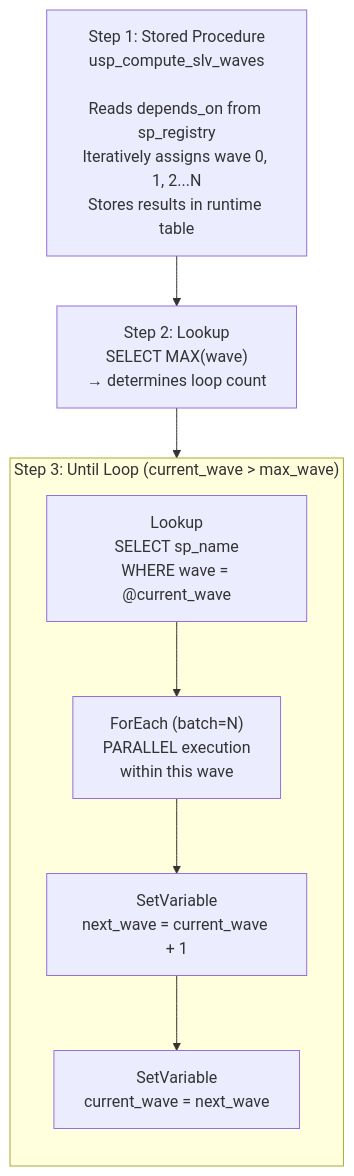
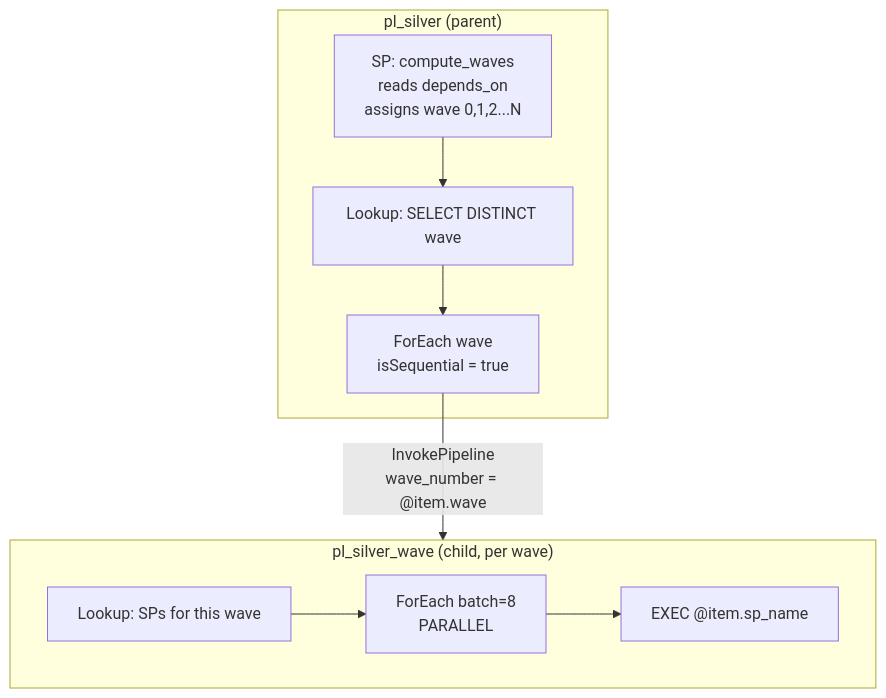
The fourth of 7 diagrams in README.md (ankinguyen-engineer-2002/Fabric-v9-Warehouse-Medallion), drawn with Mermaid before and after one commit. The commit also changed other lines of this file, not shown here.

First line of the commit message:
Update README to match final parent-child pipeline architecture

````diff
--- a/README.md
+++ b/README.md
@@ -125,17 +103,18 @@
 ```mermaid
 flowchart TD
-    CW["Step 1: Stored Procedure\nusp_compute_slv_waves\n\nReads depends_on from sp_registry\nIteratively assigns wave 0, 1, 2...N\nStores results in runtime table"]
-
-    MX["Step 2: Lookup\nSELECT MAX(wave)\n→ determines loop count"]
-
-    subgraph UNTIL["Step 3: Until Loop (current_wave > max_wave)"]
-        direction TD
-        LK["Lookup\nSELECT sp_name\nWHERE wave = @current_wave"]
-        FE["ForEach (batch=N)\nPARALLEL execution\nwithin this wave"]
-        SV1["SetVariable\nnext_wave = current_wave + 1"]
-        SV2["SetVariable\ncurrent_wave = next_wave"]
-        LK --> FE --> SV1 --> SV2
+    subgraph PARENT["pl_silver (parent)"]
+        CW["SP: compute_waves\nreads depends_on\nassigns wave 0,1,2...N"]
+        LK["Lookup: SELECT DISTINCT wave"]
+        FE["ForEach wave\nisSequential = true"]
+        CW --> LK --> FE
     end
 
-    CW --> MX --> UNTIL
+    subgraph CHILD["pl_silver_wave (child, per wave)"]
+        LK2["Lookup: SPs for this wave"]
+        FE2["ForEach batch=8\nPARALLEL"]
+        SP2["EXEC @item.sp_name"]
+        LK2 --> FE2 --> SP2
+    end
+
+    FE -->|"InvokePipeline\nwave_number = @item.wave"| CHILD
 ```
````
